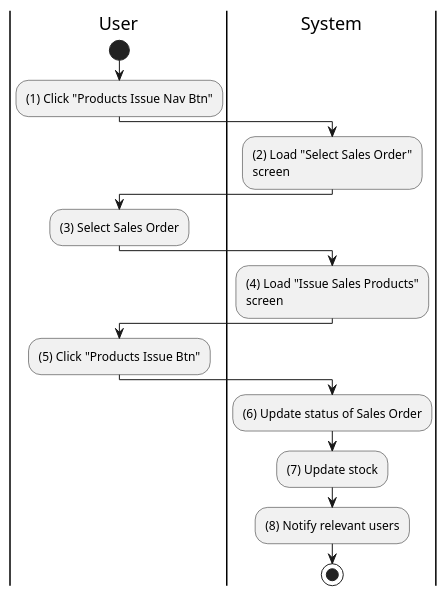
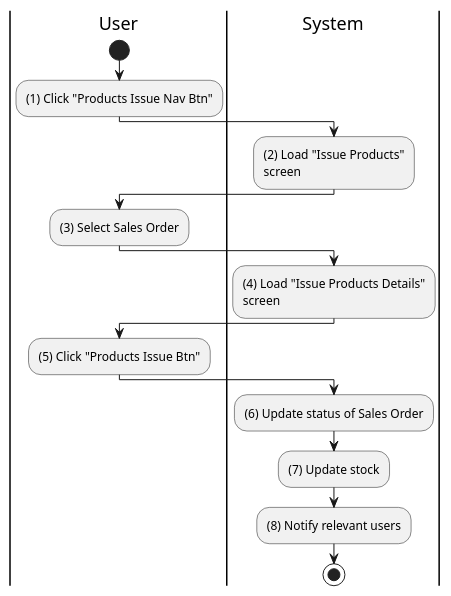
The diagram in activities/inventory-product-issue.plantuml (phihungha/scmss-reqs), drawn with PlantUML before and after one commit. The commit also changed 15 other files, not shown here.

```diff
--- a/activities/inventory-product-issue.plantuml
+++ b/activities/inventory-product-issue.plantuml
@@ -1,26 +1,26 @@
 @startuml inventory-product-issue
 |u|User
 |s|System
 
 |u|
 start
 :(1) Click "Products Issue Nav Btn";
 
 |s|
-:(2) Load "Select Sales Order"\nscreen;
+:(2) Load "Issue Products"\nscreen;
 
 |u|
 :(3) Select Sales Order;
 
 |s|
-:(4) Load "Issue Sales Products"\nscreen;
+:(4) Load "Issue Products Details"\nscreen;
 
 |u|
 :(5) Click "Products Issue Btn";
 
 |s|
 :(6) Update status of Sales Order;
 :(7) Update stock;
 :(8) Notify relevant users;
 stop
 @enduml
```
